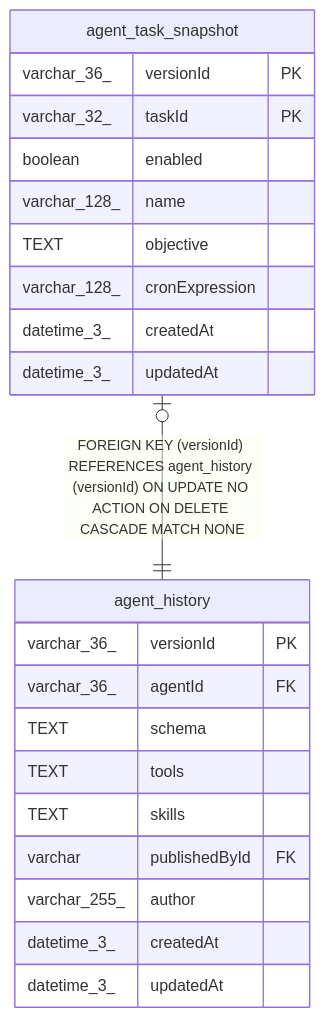
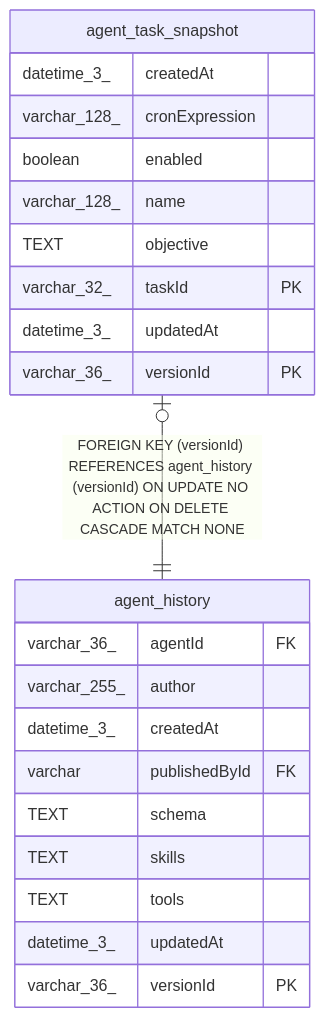
One commit to mayankjain1815-commits/n8n changed the diagram in docs/generated/sqlite-schema/agent_task_snapshot.md. Above: the diagram before and after it, drawn with Mermaid. The commit also changed other lines of this file and 221 other files, not shown here.

Commit message:
chore(core): Make DB schema docs generation deterministic (#32373)

````diff
--- a/docs/generated/sqlite-schema/agent_task_snapshot.md
+++ b/docs/generated/sqlite-schema/agent_task_snapshot.md
@@ -44,27 +44,27 @@
 ```mermaid
 erDiagram
 
 "agent_task_snapshot" |o--|| "agent_history" : "FOREIGN KEY (versionId) REFERENCES agent_history (versionId) ON UPDATE NO ACTION ON DELETE CASCADE MATCH NONE"
 
 "agent_task_snapshot" {
-  varchar_36_ versionId PK
-  varchar_32_ taskId PK
+  datetime_3_ createdAt
+  varchar_128_ cronExpression
   boolean enabled
   varchar_128_ name
   TEXT objective
-  varchar_128_ cronExpression
-  datetime_3_ createdAt
+  varchar_32_ taskId PK
   datetime_3_ updatedAt
+  varchar_36_ versionId PK
 }
 "agent_history" {
-  varchar_36_ versionId PK
   varchar_36_ agentId FK
-  TEXT schema
-  TEXT tools
-  TEXT skills
-  varchar publishedById FK
   varchar_255_ author
   datetime_3_ createdAt
+  varchar publishedById FK
+  TEXT schema
+  TEXT skills
+  TEXT tools
   datetime_3_ updatedAt
+  varchar_36_ versionId PK
 }
 ```
````
